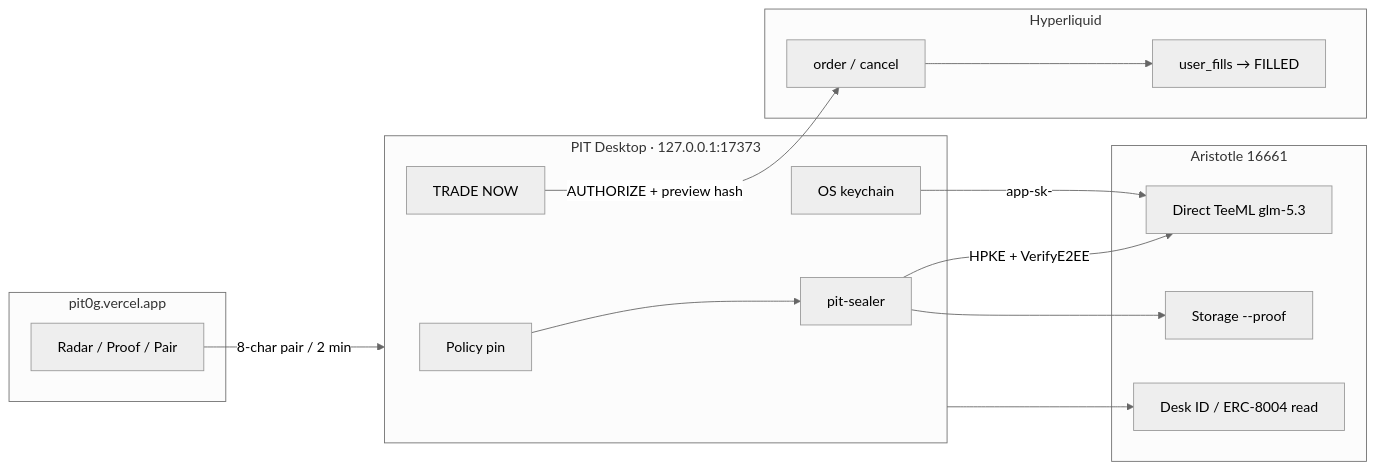
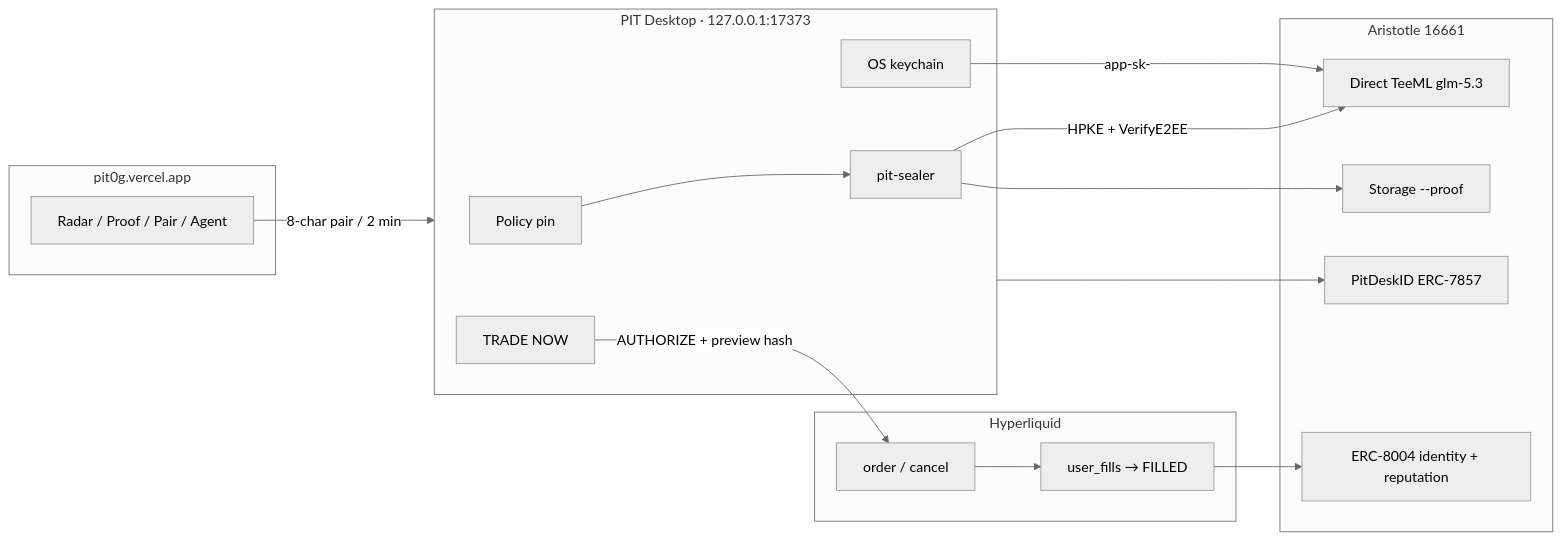
The first of 2 diagrams in README.md (mohamedwael201193/pit), drawn with Mermaid (neutral theme) before and after one commit. The commit also changed other lines of this file and 34 other files, not shown here.

First line of the commit message:
Ship live ERC-7857 usage and ERC-8004 reputation, and restore README diagrams.

````diff
--- a/README.md
+++ b/README.md
@@ -47,29 +56,31 @@
 ```mermaid
 flowchart LR
   subgraph WEB["pit0g.vercel.app"]
-    Radar[Radar / Proof / Pair]
+    Radar[Radar / Proof / Pair / Agent]
   end
   subgraph HOST["PIT Desktop · 127.0.0.1:17373"]
     Policy[Policy pin]
     Keyring[OS keychain]
     Sealer[pit-sealer]
     TradeNow["TRADE NOW"]
   end
   subgraph OG["Aristotle 16661"]
     Direct["Direct TeeML glm-5.3"]
     Storage["Storage --proof"]
-    Identity["Desk ID / ERC-8004 read"]
+    Desk["PitDeskID ERC-7857"]
+    ID8004["ERC-8004 identity + reputation"]
   end
   subgraph HL["Hyperliquid"]
     Order["order / cancel"]
     Fills["user_fills → FILLED"]
   end
   Radar -->|"8-char pair / 2 min"| HOST
   Policy --> Sealer
   Keyring -->|"app-sk-"| Direct
   Sealer -->|"HPKE + VerifyE2EE"| Direct
   TradeNow -->|"AUTHORIZE + preview hash"| Order
   Order --> Fills
   Sealer --> Storage
-  HOST --> Identity
+  HOST --> Desk
+  Fills --> ID8004
 ```
````
